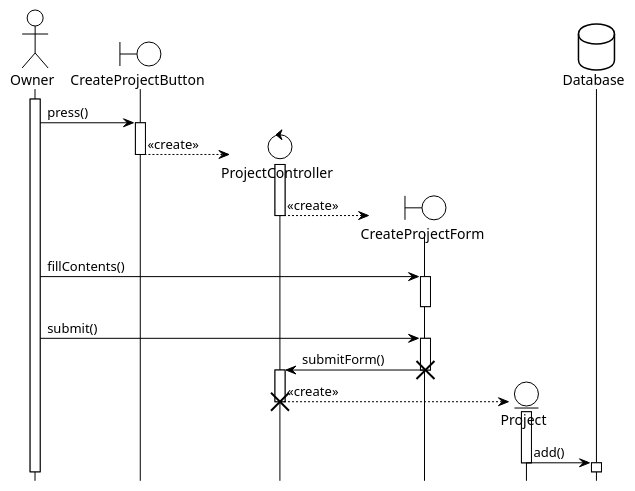
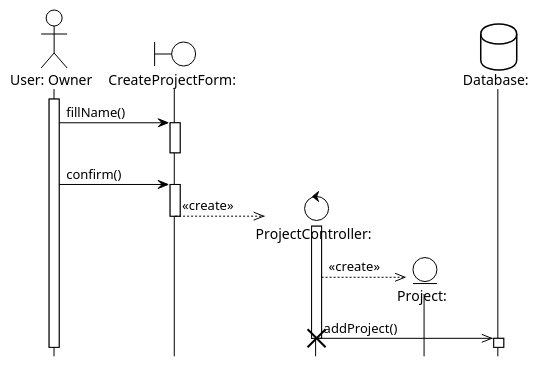
Before and after one commit to BlueMango10/Project-uml: the diagram in Use case sequence diagrams/CreateProject.puml, drawn with PlantUML. The commit also changed 14 other files, not shown here.

Commit message:
Updated diagrams after implementation

```diff
--- a/Use case sequence diagrams/CreateProject.puml
+++ b/Use case sequence diagrams/CreateProject.puml
@@ -1,45 +1,31 @@
 @startuml CreateProject
 !theme plain
 hide footbox
-actor Owner as po
-boundary CreateProjectButton as cpb
-control ProjectController as cpc
-boundary CreateProjectForm as cpf
-entity Project as p
-database Database as pd
+actor "User: Owner" as po
+boundary "CreateProjectForm:" as cpb
+control "ProjectController:" as cpc
+entity "Project:" as p
+database "Database:" as pd
 
 activate po
 
-po -> cpb : press()
+po -> cpb : fillName()
+activate cpb
+deactivate cpb
+
+po -> cpb : confirm()
 activate cpb
 
 create cpc
-cpb --> cpc : <<create>>
+cpb -->> cpc : <<create>>
 deactivate cpb
 activate cpc
 
-create cpf
-cpc --> cpf : <<create>>
-deactivate cpc
+create p
+cpc -->> p : <<create>>
 
-po -> cpf : fillContents()
-activate cpf
-deactivate cpf
-
-po -> cpf : submit()
-activate cpf
-
-cpf -> cpc : submitForm()
-destroy cpf
-activate cpc
-
-create p
-cpc --> p : <<create>>
+cpc ->> pd : addProject()
 destroy cpc
-activate p
-
-p -> pd : add()
-deactivate p
 activate pd
 deactivate pd
 @enduml  
```
